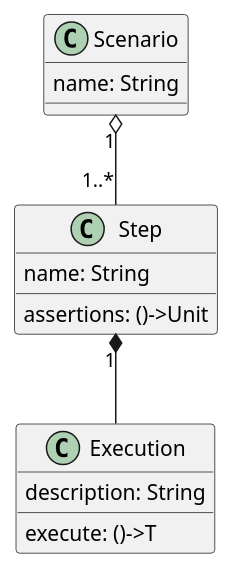
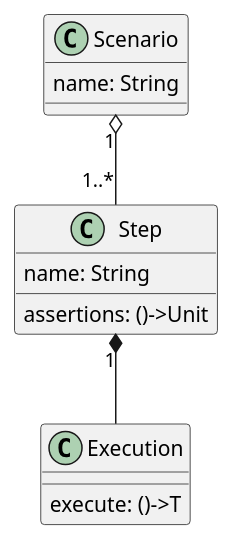
One commit to lemfi/kest changed the diagram in doc/diag/model.puml. Above: the diagram before and after it, drawn with PlantUML. The commit also changed 1 other file, not shown here.

```diff
--- a/doc/diag/model.puml
+++ b/doc/diag/model.puml
@@ -1,14 +1,13 @@
 @startuml
 
 Scenario "1" o-- "1..*" Step
 
 Step  "1" *-- Execution
 
 Scenario : name: String
 Step : name: String
 Step : assertions: ()->Unit
 
 Execution : execute: ()->T
-Execution : description: String
 
 @enduml
```
